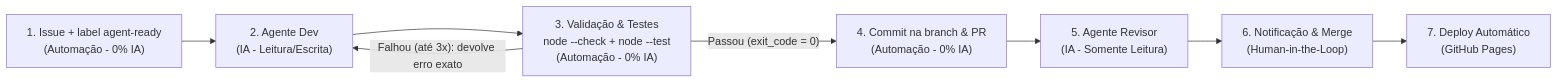
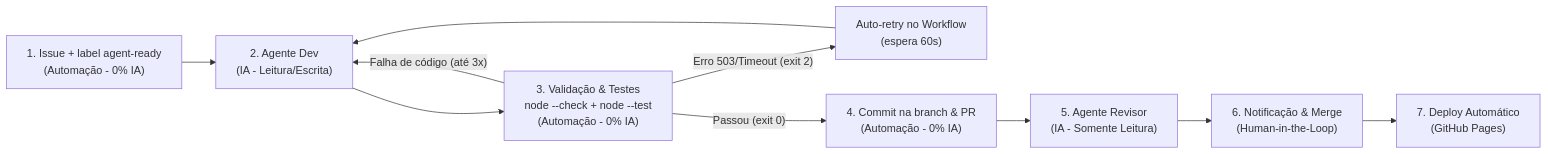
The diagram in README.md (VitorAlvs/calculadora-web-agent), drawn with Mermaid before and after one commit. The commit also changed other lines of this file, not shown here.

Commit message:
docs: update README with keypad UI architecture, resilience tuning, and roadmap

````diff
--- a/README.md
+++ b/README.md
@@ -23,10 +23,12 @@
 ```mermaid
 flowchart LR
     A["1. Issue + label agent-ready<br/>(Automação - 0% IA)"] --> B["2. Agente Dev<br/>(IA - Leitura/Escrita)"]
     B --> C["3. Validação & Testes<br/>node --check + node --test<br/>(Automação - 0% IA)"]
-    C -- "Falhou (até 3x): devolve erro exato" --> B
-    C -- "Passou (exit_code = 0)" --> D["4. Commit na branch & PR<br/>(Automação - 0% IA)"]
+    C -- "Falha de código (até 3x)" --> B
+    C -- "Erro 503/Timeout (exit 2)" --> R["Auto-retry no Workflow<br/>(espera 60s)"]
+    R --> B
+    C -- "Passou (exit 0)" --> D["4. Commit na branch & PR<br/>(Automação - 0% IA)"]
     D --> E["5. Agente Revisor<br/>(IA - Somente Leitura)"]
     E --> F["6. Notificação & Merge<br/>(Human-in-the-Loop)"]
     F --> G["7. Deploy Automático<br/>(GitHub Pages)"]
 ```
````
